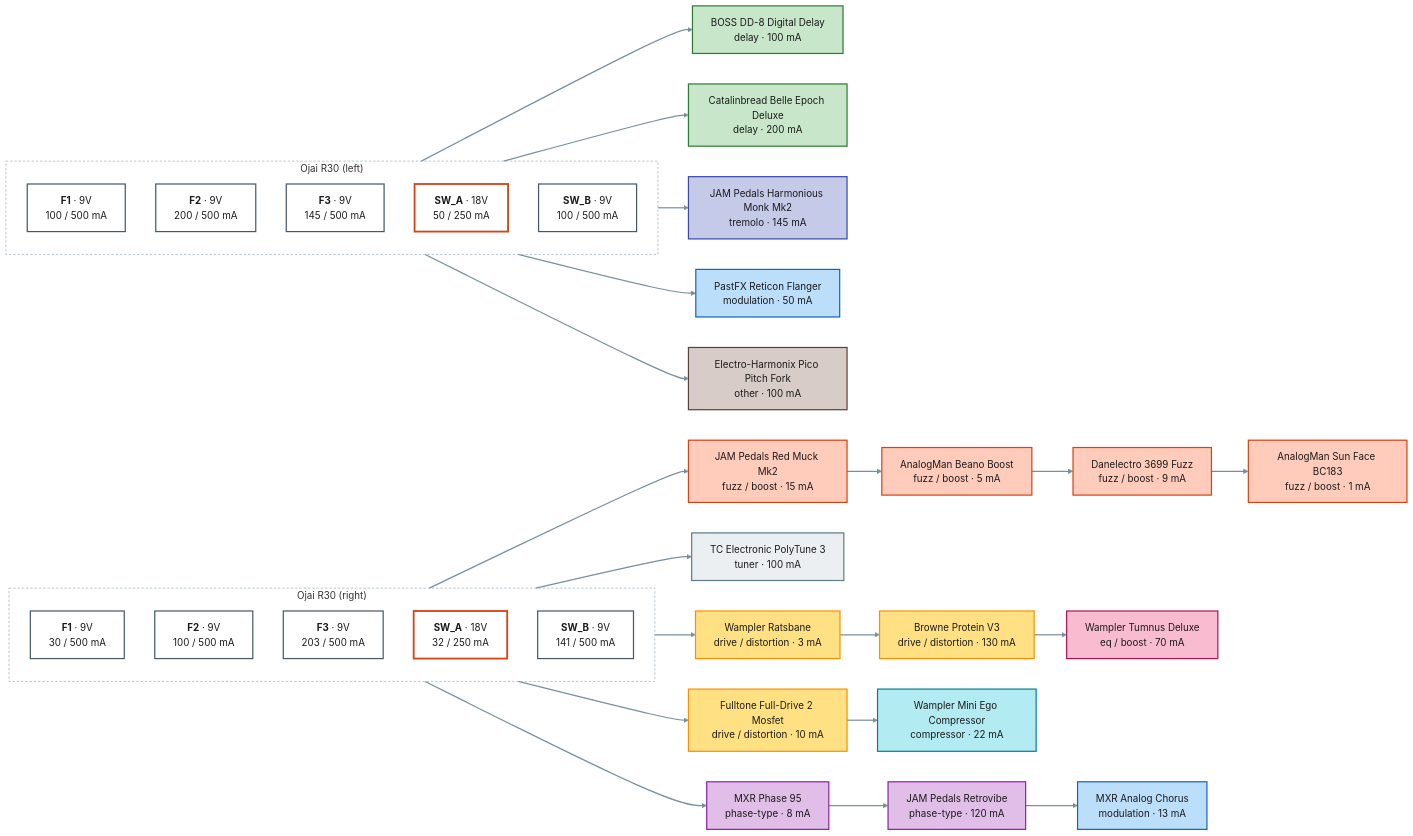
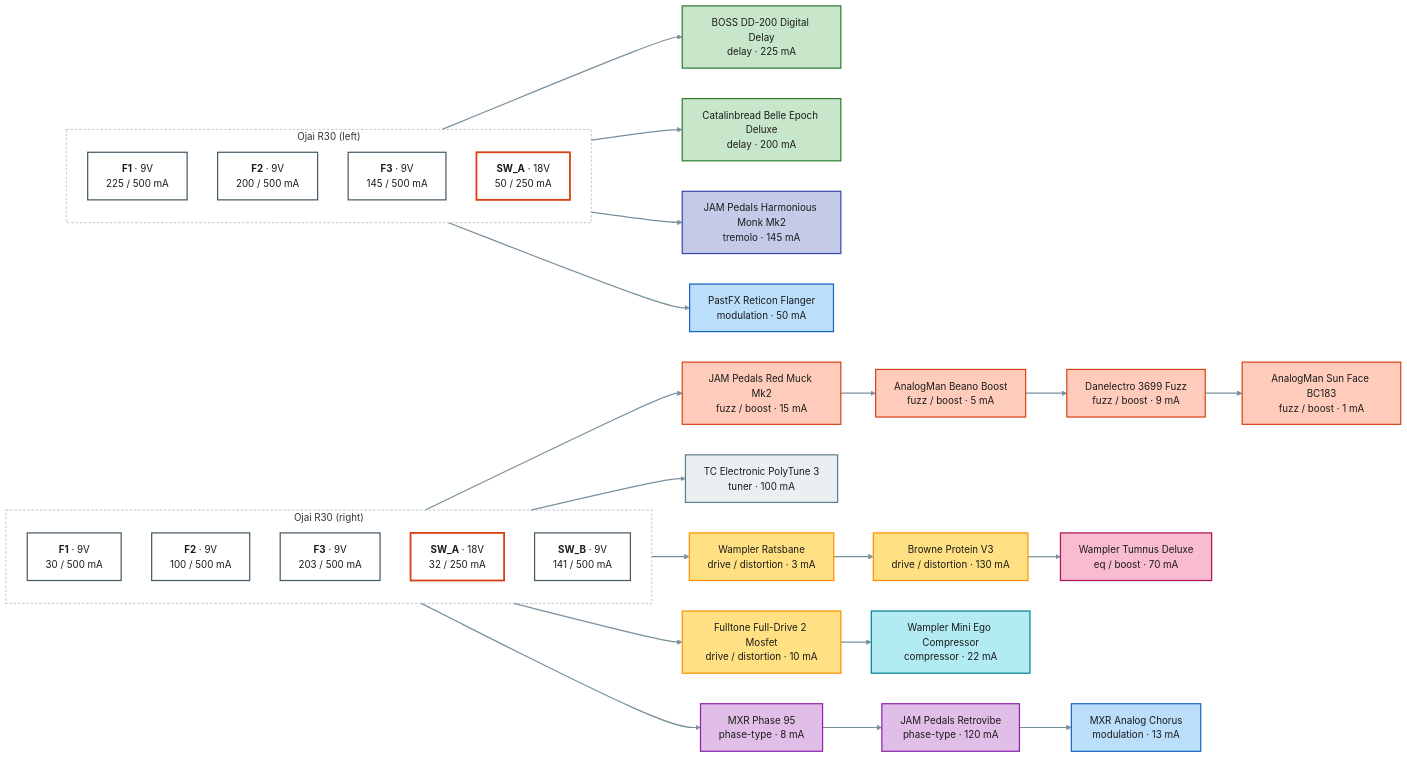
One commit to pedroacvieira/pedalboard changed the diagram in projects/guitar-gig/power.mmd. Above: the diagram before and after it, drawn with Mermaid. The commit also changed 8 other files, not shown here.

First line of the commit message:
guitar-gig: 2026-11-04 layout, DD-200 replaces the DD-8, Pico Pitch Fork removed

```diff
--- a/projects/guitar-gig/power.mmd
+++ b/projects/guitar-gig/power.mmd
@@ -1,69 +1,65 @@
 flowchart LR
     subgraph psu1["Ojai R30 (left)"]
         direction TB
-        psu1_F1["<b>F1</b> · 9V<br/>100 / 500 mA"]:::out9
+        psu1_F1["<b>F1</b> · 9V<br/>225 / 500 mA"]:::out9
         psu1_F2["<b>F2</b> · 9V<br/>200 / 500 mA"]:::out9
         psu1_F3["<b>F3</b> · 9V<br/>145 / 500 mA"]:::out9
         psu1_SW_A["<b>SW_A</b> · 18V<br/>50 / 250 mA"]:::out18
-        psu1_SW_B["<b>SW_B</b> · 9V<br/>100 / 500 mA"]:::out9
     end
     subgraph psu2["Ojai R30 (right)"]
         direction TB
         psu2_F1["<b>F1</b> · 9V<br/>30 / 500 mA"]:::out9
         psu2_F2["<b>F2</b> · 9V<br/>100 / 500 mA"]:::out9
         psu2_F3["<b>F3</b> · 9V<br/>203 / 500 mA"]:::out9
         psu2_SW_A["<b>SW_A</b> · 18V<br/>32 / 250 mA"]:::out18
         psu2_SW_B["<b>SW_B</b> · 9V<br/>141 / 500 mA"]:::out9
     end
-    boss_dd8["BOSS DD-8 Digital Delay<br/>delay · 100 mA"]:::c_delay
+    boss_dd200["BOSS DD-200 Digital Delay<br/>delay · 225 mA"]:::c_delay
     belle_epoch["Catalinbread Belle Epoch Deluxe<br/>delay · 200 mA"]:::c_delay
     monk["JAM Pedals Harmonious Monk Mk2<br/>tremolo · 145 mA"]:::c_tremolo
     reticon["PastFX Reticon Flanger<br/>modulation · 50 mA"]:::c_modulation
-    ehx_pico_pitch_fork["Electro-Harmonix Pico Pitch Fork<br/>other · 100 mA"]:::c_other
     red_muck["JAM Pedals Red Muck Mk2<br/>fuzz / boost · 15 mA"]:::c_fuzz___boost
     beano["AnalogMan Beano Boost<br/>fuzz / boost · 5 mA"]:::c_fuzz___boost
     danelectro_3699["Danelectro 3699 Fuzz<br/>fuzz / boost · 9 mA"]:::c_fuzz___boost
     sun_face["AnalogMan Sun Face BC183<br/>fuzz / boost · 1 mA"]:::c_fuzz___boost
     polytune_3["TC Electronic PolyTune 3<br/>tuner · 100 mA"]:::c_tuner
     ratsbane["Wampler Ratsbane<br/>drive / distortion · 3 mA"]:::c_drive___distortion
     protein["Browne Protein V3<br/>drive / distortion · 130 mA"]:::c_drive___distortion
     tumnus_deluxe["Wampler Tumnus Deluxe<br/>eq / boost · 70 mA"]:::c_eq___boost
     fulldrive_2["Fulltone Full-Drive 2 Mosfet<br/>drive / distortion · 10 mA"]:::c_drive___distortion
     mini_ego["Wampler Mini Ego Compressor<br/>compressor · 22 mA"]:::c_compressor
     phase_95["MXR Phase 95<br/>phase-type · 8 mA"]:::c_phase_type
     retrovibe["JAM Pedals Retrovibe<br/>phase-type · 120 mA"]:::c_phase_type
     analog_chorus["MXR Analog Chorus<br/>modulation · 13 mA"]:::c_modulation
-    psu1_F1 --> boss_dd8
+    psu1_F1 --> boss_dd200
     psu1_F2 --> belle_epoch
     psu1_F3 --> monk
     psu1_SW_A --> reticon
-    psu1_SW_B --> ehx_pico_pitch_fork
     psu2_F1 --> red_muck
     red_muck --> beano
     beano --> danelectro_3699
     danelectro_3699 --> sun_face
     psu2_F2 --> polytune_3
     psu2_F3 --> ratsbane
     ratsbane --> protein
     protein --> tumnus_deluxe
     psu2_SW_A --> fulldrive_2
     fulldrive_2 --> mini_ego
     psu2_SW_B --> phase_95
     phase_95 --> retrovibe
     retrovibe --> analog_chorus
     classDef out9 fill:#ffffff,stroke:#455a64,stroke-width:2px,color:#1b1b1b
     classDef out18 fill:#ffffff,stroke:#d84315,stroke-width:3px,color:#1b1b1b
     classDef spare fill:#fafafa,stroke:#9e9e9e,stroke-dasharray:4 3,color:#757575
     classDef c_tuner fill:#eceff1,stroke:#607d8b,stroke-width:2px,color:#1b1b1b
     classDef c_compressor fill:#b2ebf2,stroke:#00838f,stroke-width:2px,color:#1b1b1b
     classDef c_fuzz___boost fill:#ffccbc,stroke:#d84315,stroke-width:2px,color:#1b1b1b
     classDef c_drive___distortion fill:#ffe082,stroke:#ff8f00,stroke-width:2px,color:#1b1b1b
     classDef c_phase_type fill:#e1bee7,stroke:#8e24aa,stroke-width:2px,color:#1b1b1b
     classDef c_modulation fill:#bbdefb,stroke:#1565c0,stroke-width:2px,color:#1b1b1b
     classDef c_tremolo fill:#c5cae9,stroke:#3949ab,stroke-width:2px,color:#1b1b1b
     classDef c_delay fill:#c8e6c9,stroke:#2e7d32,stroke-width:2px,color:#1b1b1b
     classDef c_eq___boost fill:#f8bbd0,stroke:#ad1457,stroke-width:2px,color:#1b1b1b
-    classDef c_other fill:#d7ccc8,stroke:#5d4037,stroke-width:2px,color:#1b1b1b
     style psu1 fill:none,stroke:#90a4ae,stroke-dasharray:4 3
     style psu2 fill:none,stroke:#90a4ae,stroke-dasharray:4 3
     linkStyle default stroke:#78909c,stroke-width:2px
```
